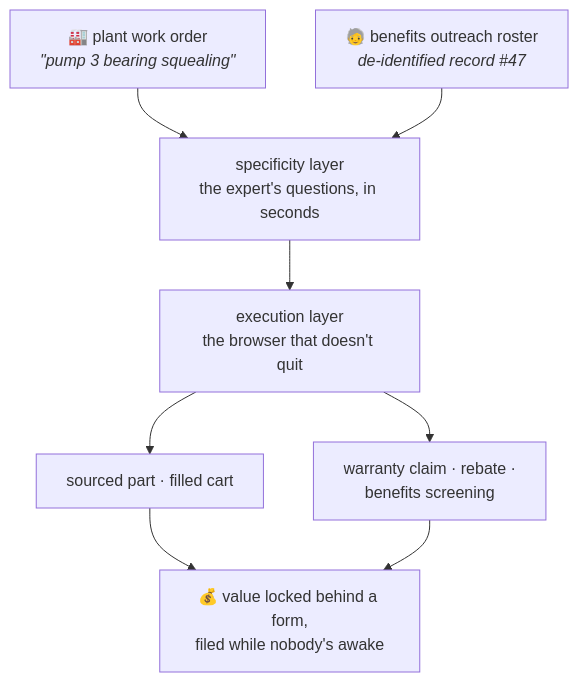
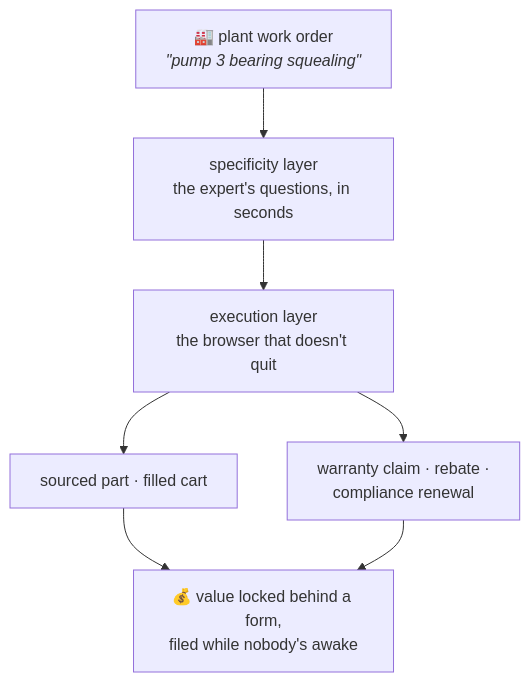
Before and after one commit to swoopeagle/thirdshift: the fourth of 4 diagrams in README.md, drawn with Mermaid. The commit also changed other lines of this file, not shown here.

````diff
--- a/README.md
+++ b/README.md
@@ -304,10 +287,9 @@
 ```mermaid
 flowchart TD
     A["🏭 plant work order<br/><i>&quot;pump 3 bearing squealing&quot;</i>"] --> S
-    B["🧓 benefits outreach roster<br/><i>de-identified record #47</i>"] --> S
     S["specificity layer<br/>the expert's questions, in seconds"] --> E["execution layer<br/>the browser that doesn't quit"]
     E --> R1["sourced part · filled cart"]
-    E --> R2["warranty claim · rebate ·<br/>benefits screening"]
+    E --> R2["warranty claim · rebate ·<br/>compliance renewal"]
     R1 --> V["💰 value locked behind a form,<br/>filed while nobody's awake"]
     R2 --> V
 ```
````
